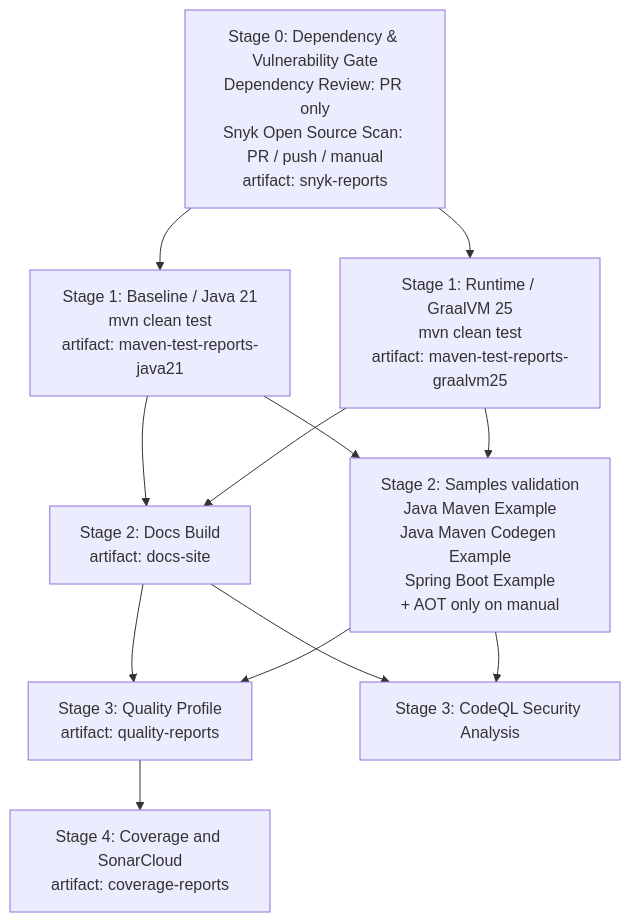
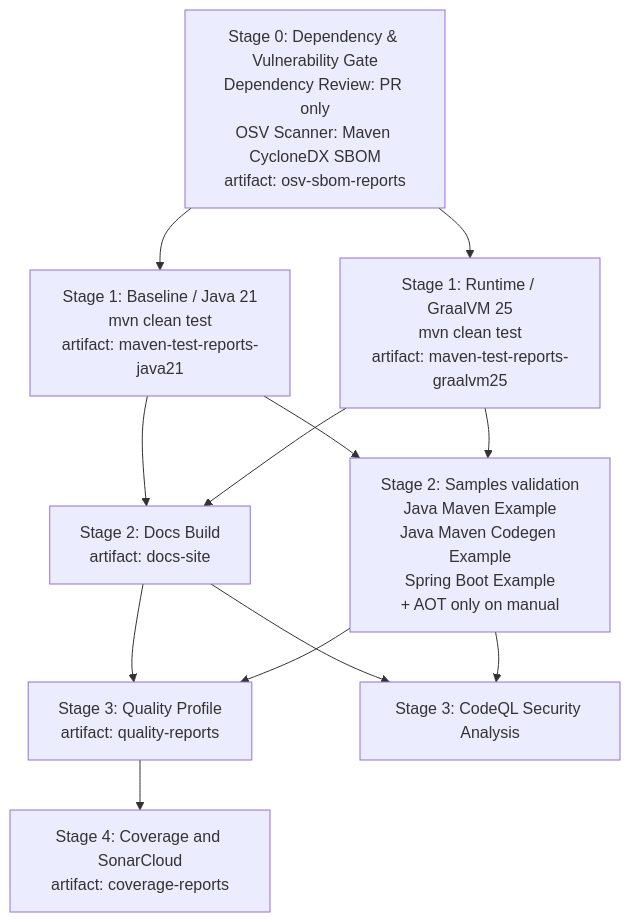
One commit to ih0r-d/polyglot-platform changed the diagram in docs/developer-tooling.md. Above: the diagram before and after it, drawn with Mermaid. The commit also changed other lines of this file and 3 other files, not shown here.

Commit message:
chore(ci): add maven sbom scan for osv

````diff
--- a/docs/developer-tooling.md
+++ b/docs/developer-tooling.md
@@ -69,32 +73,32 @@
 ```mermaid
 flowchart TD
-    DG["Stage 0: Dependency & Vulnerability Gate<br/>Dependency Review: PR only<br/>Snyk Open Source Scan: PR / push / manual<br/>artifact: snyk-reports"]
+    DG["Stage 0: Dependency & Vulnerability Gate<br/>Dependency Review: PR only<br/>OSV Scanner: Maven CycloneDX SBOM<br/>artifact: osv-sbom-reports"]
 
     J21["Stage 1: Baseline / Java 21<br/>mvn clean test<br/>artifact: maven-test-reports-java21"]
     G25["Stage 1: Runtime / GraalVM 25<br/>mvn clean test<br/>artifact: maven-test-reports-graalvm25"]
 
     DOCS["Stage 2: Docs Build<br/>artifact: docs-site"]
     SAMPLES["Stage 2: Samples validation<br/>Java Maven Example<br/>Java Maven Codegen Example<br/>Spring Boot Example<br/>+ AOT only on manual"]
 
     QP["Stage 3: Quality Profile<br/>artifact: quality-reports"]
     CQL["Stage 3: CodeQL Security Analysis"]
 
     SONAR["Stage 4: Coverage and SonarCloud<br/>artifact: coverage-reports"]
 
     DG --> J21
     DG --> G25
 
     J21 --> DOCS
     G25 --> DOCS
 
     J21 --> SAMPLES
     G25 --> SAMPLES
 
     DOCS --> QP
     SAMPLES --> QP
 
     DOCS --> CQL
     SAMPLES --> CQL
 
     QP --> SONAR
 ```
````
